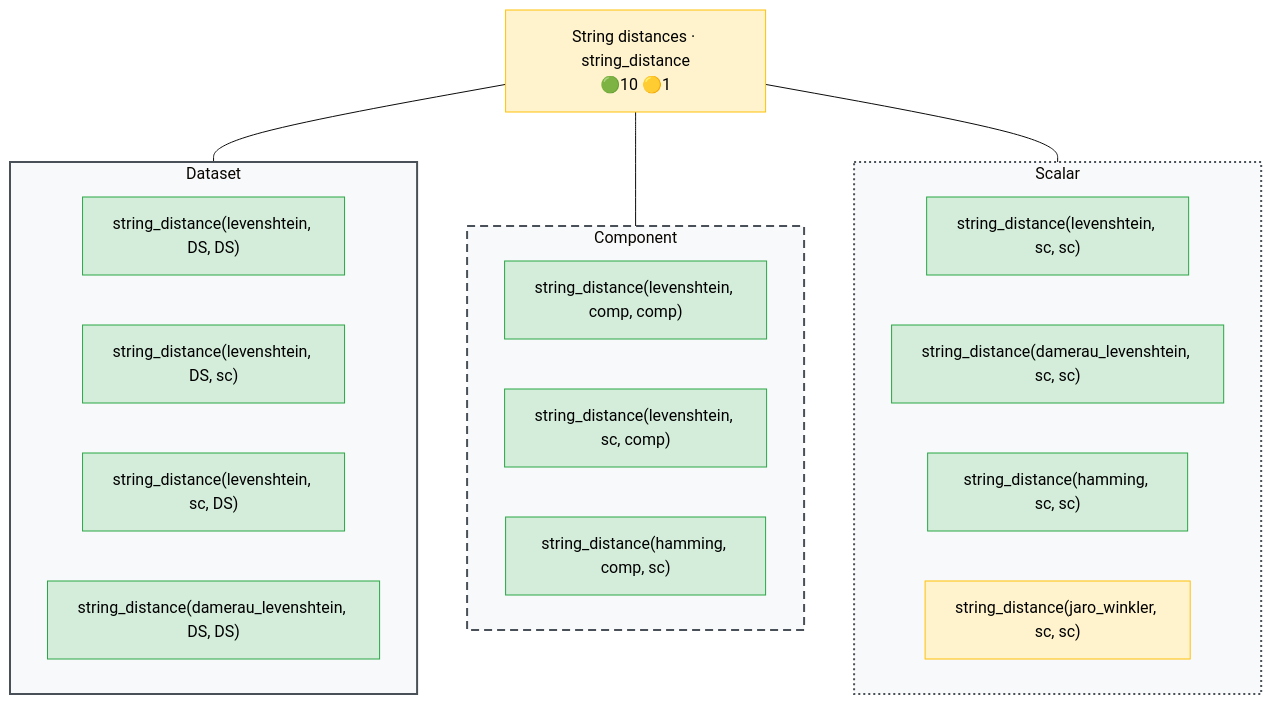
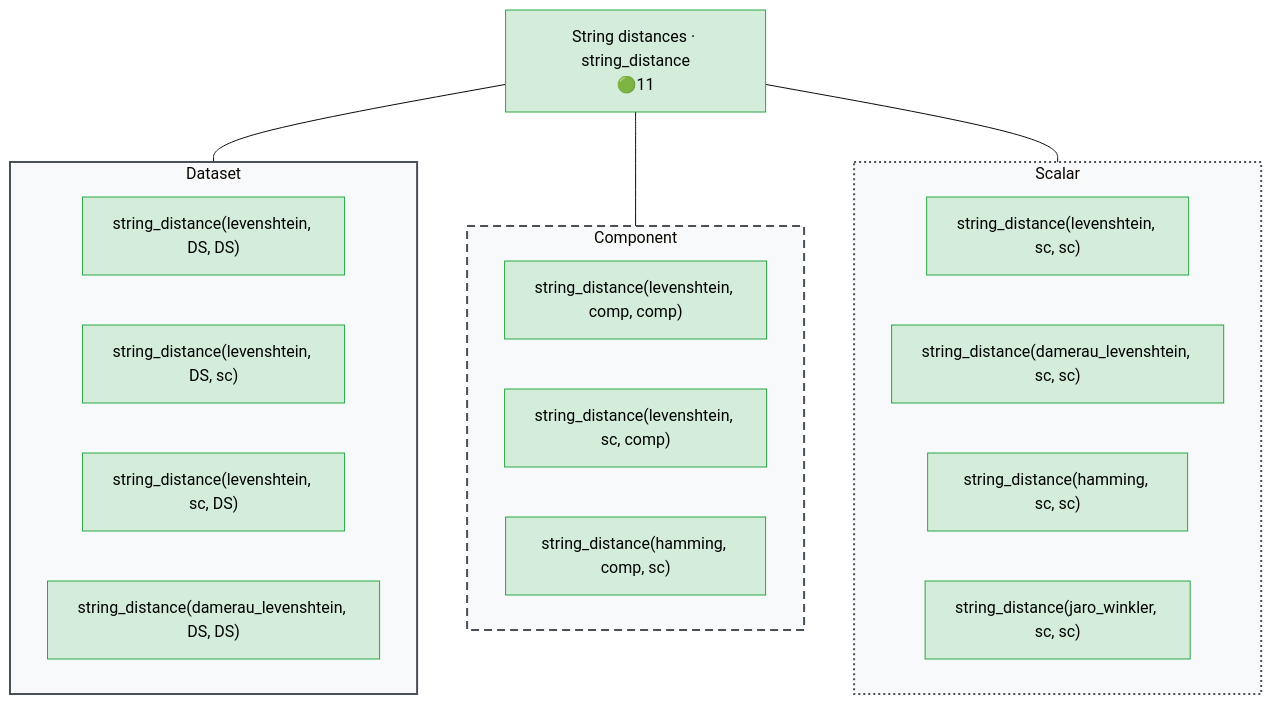
Before and after one commit to Meaningful-Data/vtlengine: the diagram in docs/operator_map/string/string_distance.rst, drawn with Mermaid (base theme). The commit also changed other lines of this file and 175 other files, not shown here.

```diff
--- a/docs/operator_map/string/string_distance.rst
+++ b/docs/operator_map/string/string_distance.rst
@@ -28,49 +28,49 @@
 .. mermaid::
    :config: {"flowchart": {"useMaxWidth": false}}
 
    flowchart TB
        classDef ok fill:#d4edda,stroke:#28a745,color:#000
        classDef partial fill:#fff3cd,stroke:#ffc107,color:#000
        classDef refused fill:#d4edda,stroke:#28a745,stroke-width:3px,stroke-dasharray: 2 2,color:#000
        classDef missing fill:#f8d7da,stroke:#dc3545,color:#000
        classDef diverge fill:#cce5ff,stroke:#007bff,color:#000
        classDef block fill:#2b3a4a,stroke:#2b3a4a,color:#fff,font-weight:bold
        classDef ext fill:#fff,stroke:#666,color:#000,stroke-dasharray: 5 5
-       O["String distances · string_distance<br/>🟢10 🟡1"]:::partial
+       O["String distances · string_distance<br/>🟢11"]:::ok
        subgraph G_ds["Dataset"]
            direction LR
            v_levenshtein_ds_ds["string_distance(levenshtein, DS, DS)"]:::ok
            v_levenshtein_ds_sc["string_distance(levenshtein, DS, sc)"]:::ok
            v_levenshtein_sc_ds["string_distance(levenshtein, sc, DS)"]:::ok
            v_damerau_levenshtein_ds_ds["string_distance(damerau_levenshtein, DS, DS)"]:::ok
        end
        subgraph G_comp["Component"]
            direction LR
            v_levenshtein_comp_comp["string_distance(levenshtein, comp, comp)"]:::ok
            v_levenshtein_sc_comp["string_distance(levenshtein, sc, comp)"]:::ok
            v_hamming_comp_sc["string_distance(hamming, comp, sc)"]:::ok
        end
        subgraph G_sc["Scalar"]
            direction LR
            v_levenshtein_sc["string_distance(levenshtein, sc, sc)"]:::ok
            v_damerau_levenshtein_sc["string_distance(damerau_levenshtein, sc, sc)"]:::ok
            v_hamming_sc["string_distance(hamming, sc, sc)"]:::ok
-           v_jaro_winkler_sc["string_distance(jaro_winkler, sc, sc)"]:::partial
+           v_jaro_winkler_sc["string_distance(jaro_winkler, sc, sc)"]:::ok
        end
        O --- G_ds
        O --- G_comp
        O --- G_sc
        style G_ds fill:#f8f9fa,stroke:#495057,stroke-width:2px
        style G_comp fill:#f8f9fa,stroke:#495057,stroke-width:2px,stroke-dasharray: 8 5
        style G_sc fill:#f8f9fa,stroke:#495057,stroke-width:2px,stroke-dasharray: 2 3
        click v_levenshtein_ds_ds href "#form-levenshtein-ds-ds"
        click v_levenshtein_ds_sc href "#form-levenshtein-ds-sc"
        click v_levenshtein_sc_ds href "#form-levenshtein-sc-ds"
        click v_levenshtein_comp_comp href "#form-levenshtein-comp-comp"
        click v_levenshtein_sc_comp href "#form-levenshtein-sc-comp"
        click v_levenshtein_sc href "#form-levenshtein-sc"
        click v_damerau_levenshtein_ds_ds href "#form-damerau-levenshtein-ds-ds"
        click v_damerau_levenshtein_sc href "#form-damerau-levenshtein-sc"
        click v_hamming_comp_sc href "#form-hamming-comp-sc"
        click v_hamming_sc href "#form-hamming-sc"
        click v_jaro_winkler_sc href "#form-jaro-winkler-sc"
```
